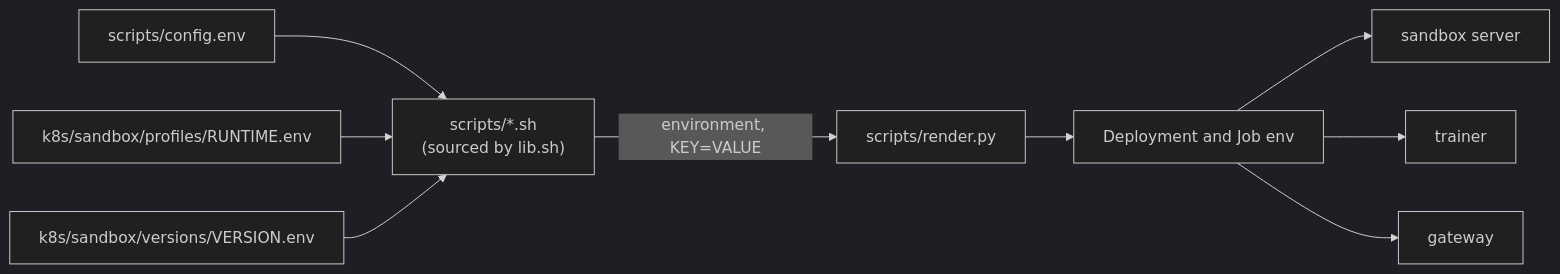
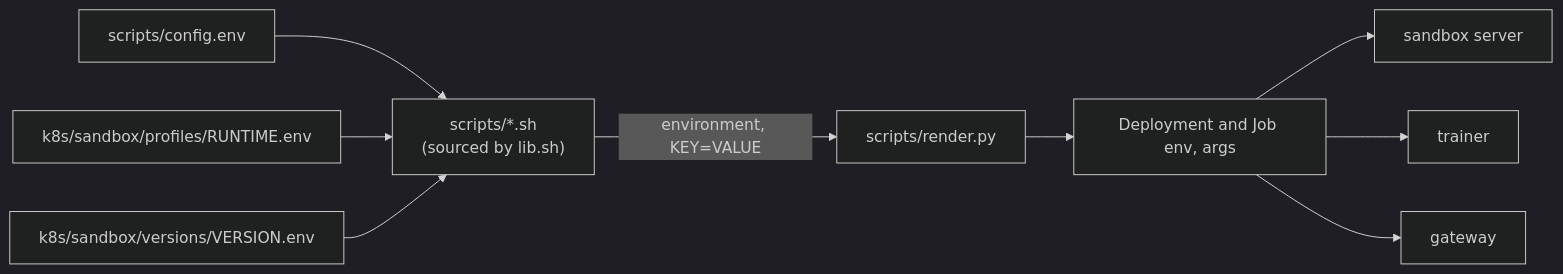
One commit to daekeun-ml/gpu-sandbox-on-aws changed the diagram in docs/reference/configuration.en.md. Above: the diagram before and after it, drawn with Mermaid (dark theme). The commit also changed other lines of this file and 171 other files, not shown here.

````diff
--- a/docs/reference/configuration.en.md
+++ b/docs/reference/configuration.en.md
@@ -29,11 +29,11 @@
 ```mermaid
 flowchart LR
     C["scripts/config.env"] --> SH["scripts/*.sh<br/>(sourced by lib.sh)"]
     PR["k8s/sandbox/profiles/RUNTIME.env"] --> SH
     VE["k8s/sandbox/versions/VERSION.env"] --> SH
     SH -->|"environment, KEY=VALUE"| RD["scripts/render.py"]
-    RD --> MF["Deployment and Job env"]
+    RD --> MF["Deployment and Job env, args"]
     MF --> SV["sandbox server"]
     MF --> TR["trainer"]
     MF --> GW["gateway"]
 ```
````
